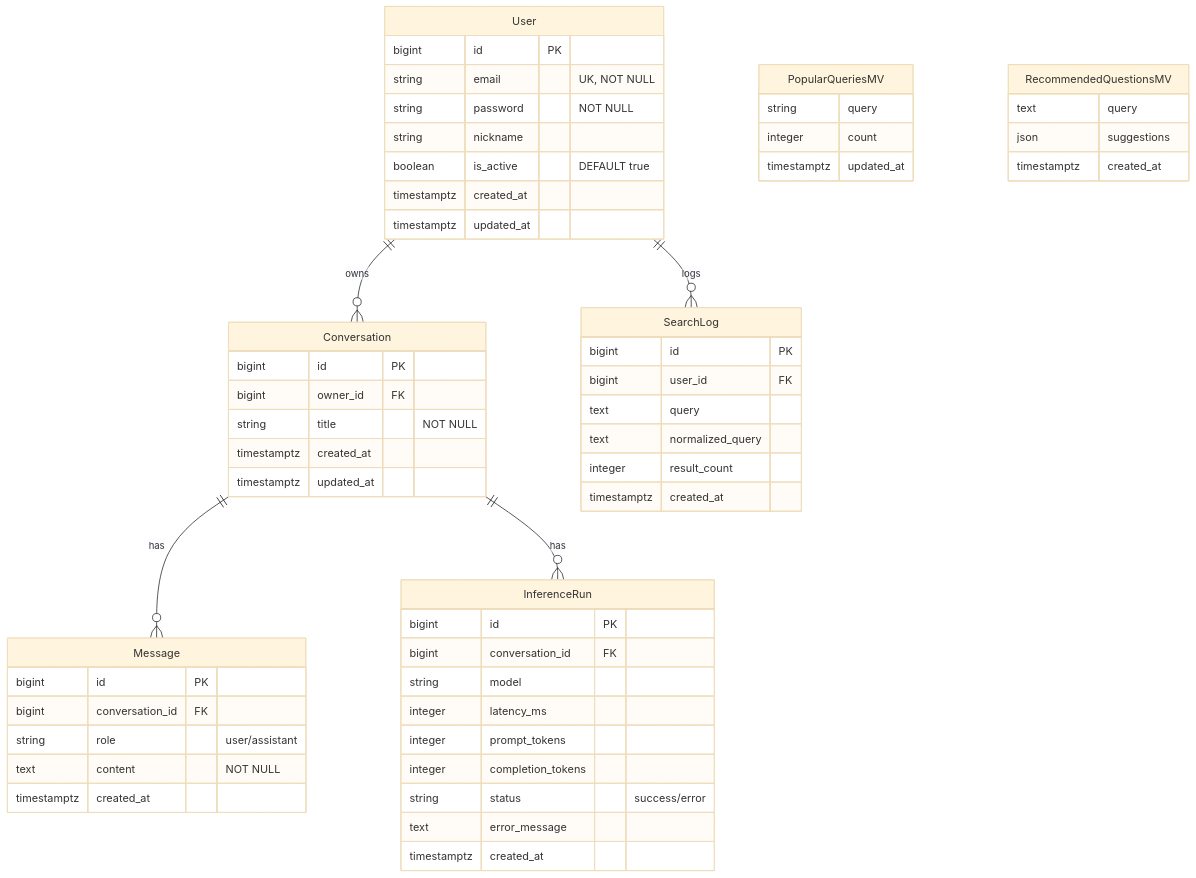
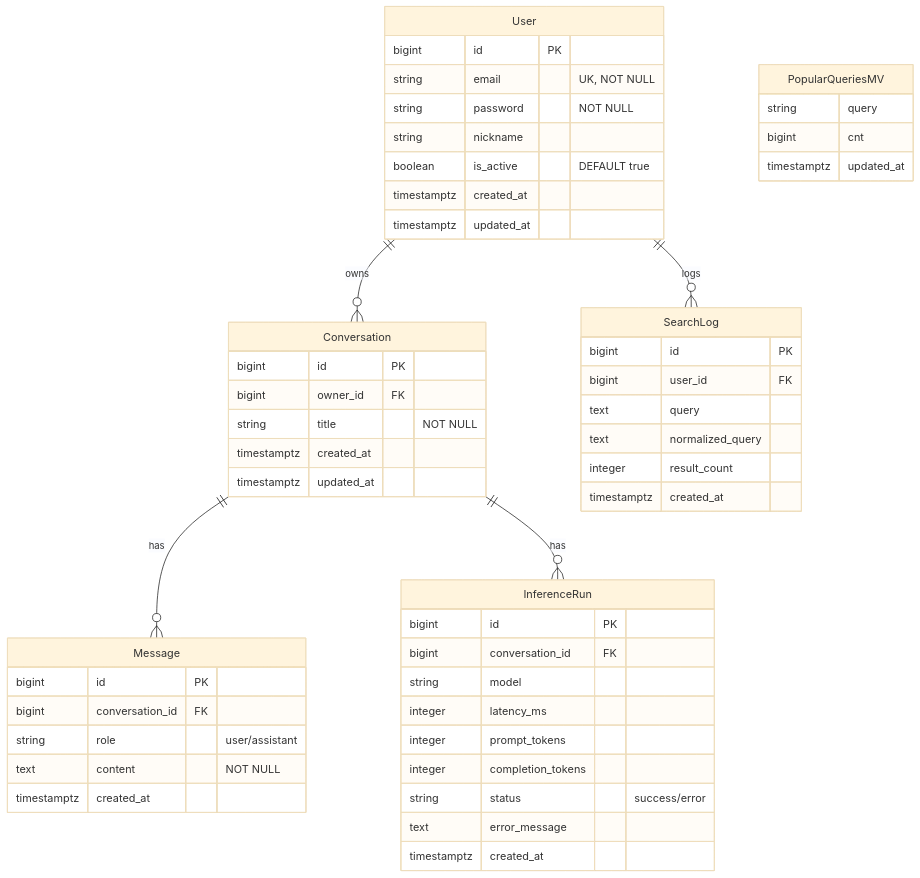
One commit to monda95/main_project_12_BE changed the diagram in README.md. Above: the diagram before and after it, drawn with Mermaid (base theme). The commit also changed 2 other files, not shown here.

Commit message:
docs: align specs with popular query schema

````diff
--- a/README.md
+++ b/README.md
@@ -92,67 +92,63 @@
 ```mermaid
 erDiagram
     User {
         bigint id PK
         string email "UK, NOT NULL"
         string password "NOT NULL"
         string nickname
         boolean is_active "DEFAULT true"
         timestamptz created_at
         timestamptz updated_at
     }
 
     Conversation {
         bigint id PK
         bigint owner_id FK
         string title "NOT NULL"
         timestamptz created_at
         timestamptz updated_at
     }
 
     Message {
         bigint id PK
         bigint conversation_id FK
         string role "user/assistant"
         text content "NOT NULL"
         timestamptz created_at
     }
 
     InferenceRun {
         bigint id PK
         bigint conversation_id FK
         string model
         integer latency_ms
         integer prompt_tokens
         integer completion_tokens
         string status "success/error"
         text error_message
         timestamptz created_at
     }
 
     SearchLog {
         bigint id PK
         bigint user_id FK
         text query
         text normalized_query
         integer result_count
         timestamptz created_at
     }
 
     PopularQueriesMV {
         string query
-        integer count
+        bigint cnt
         timestamptz updated_at
     }
 
-    RecommendedQuestionsMV {
-        text query
-        json suggestions
-        timestamptz created_at
-    }
+    %% 추천 질문 = 최근 검색어 기반 Gemini 실시간 호출 (별도 테이블 없음)
 
     %% 관계 정의
     User ||--o{ Conversation : owns
     Conversation ||--o{ Message : has
     Conversation ||--o{ InferenceRun : has
     User ||--o{ SearchLog : logs
 ```
````
